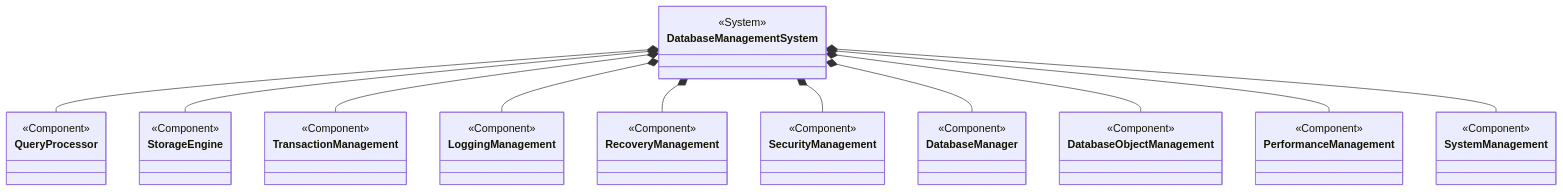
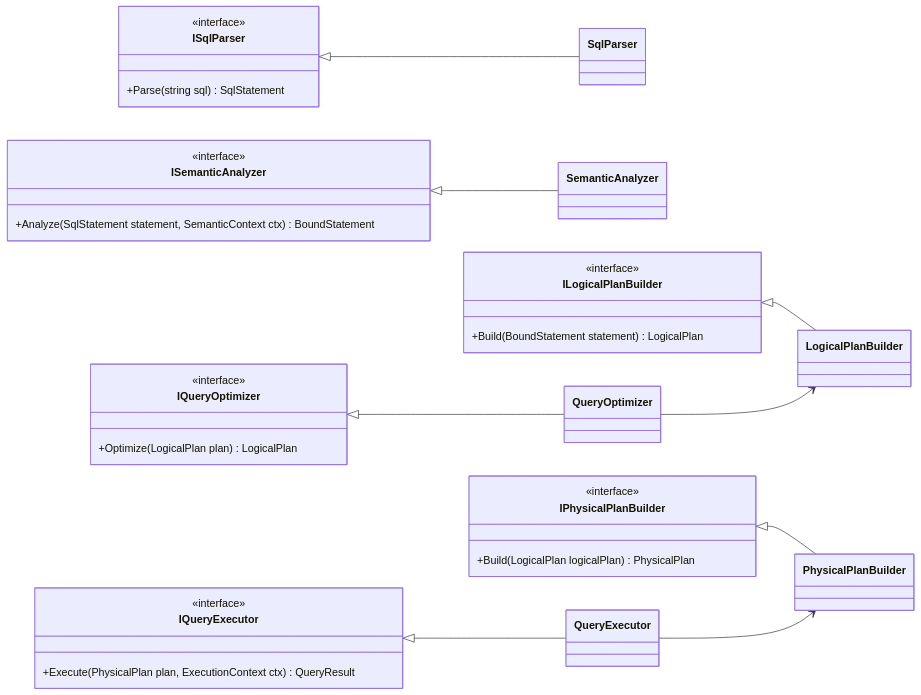
Before and after one commit to manaxpow/DBMS: the third of 11 diagrams in README.md, drawn with Mermaid. The commit also changed other lines of this file and 145 other files, not shown here.

Commit message:
update class mindmap

````diff
--- a/README.md
+++ b/README.md
@@ -89,47 +156,50 @@
 ```mermaid
 classDiagram
-    class DatabaseManagementSystem {
-        <<System>>
+    direction LR
+
+    class ISqlParser {
+        <<interface>>
+        +Parse(string sql) SqlStatement
     }
-    class QueryProcessor {
-        <<Component>>
+    class SqlParser
+
+    class ISemanticAnalyzer {
+        <<interface>>
+        +Analyze(SqlStatement statement, SemanticContext ctx) BoundStatement
     }
-    class StorageEngine {
-        <<Component>>
+    class SemanticAnalyzer
+
+    class ILogicalPlanBuilder {
+        <<interface>>
+        +Build(BoundStatement statement) LogicalPlan
     }
-    class TransactionManagement {
-        <<Component>>
+    class LogicalPlanBuilder
+
+    class IQueryOptimizer {
+        <<interface>>
+        +Optimize(LogicalPlan plan) LogicalPlan
     }
-    class LoggingManagement {
-        <<Component>>
+    class QueryOptimizer
+
+    class IPhysicalPlanBuilder {
+        <<interface>>
+        +Build(LogicalPlan logicalPlan) PhysicalPlan
     }
-    class RecoveryManagement {
-        <<Component>>
+    class PhysicalPlanBuilder
+
+    class IQueryExecutor {
+        <<interface>>
+        +Execute(PhysicalPlan plan, ExecutionContext ctx) QueryResult
     }
-    class SecurityManagement {
-        <<Component>>
-    }
-    class DatabaseManager {
-        <<Component>>
-    }
-    class DatabaseObjectManagement {
-        <<Component>>
-    }
-    class PerformanceManagement {
-        <<Component>>
-    }
-    class SystemManagement {
-        <<Component>>
-    }
+    class QueryExecutor
 
-    DatabaseManagementSystem *-- QueryProcessor
-    DatabaseManagementSystem *-- StorageEngine
-    DatabaseManagementSystem *-- TransactionManagement
-    DatabaseManagementSystem *-- LoggingManagement
-    DatabaseManagementSystem *-- RecoveryManagement
-    DatabaseManagementSystem *-- SecurityManagement
-    DatabaseManagementSystem *-- DatabaseManager
-    DatabaseManagementSystem *-- DatabaseObjectManagement
-    DatabaseManagementSystem *-- PerformanceManagement
-    DatabaseManagementSystem *-- SystemManagement
+    ISqlParser <|-- SqlParser
+    ISemanticAnalyzer <|-- SemanticAnalyzer
+    ILogicalPlanBuilder <|-- LogicalPlanBuilder
+    IQueryOptimizer <|-- QueryOptimizer
+    IPhysicalPlanBuilder <|-- PhysicalPlanBuilder
+    IQueryExecutor <|-- QueryExecutor
+
+    QueryExecutor --> PhysicalPlanBuilder
+    QueryOptimizer --> LogicalPlanBuilder
 ```
````
